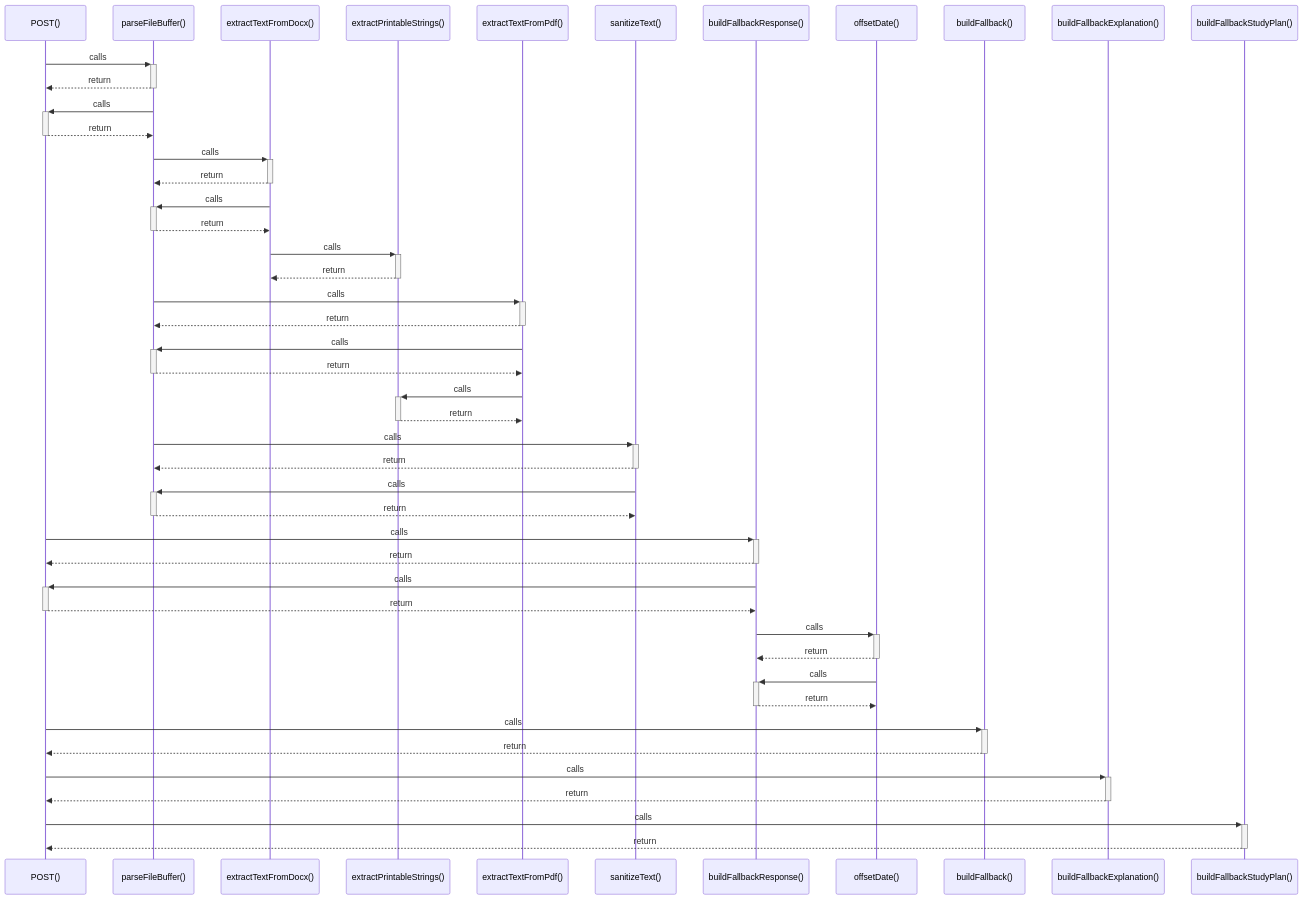
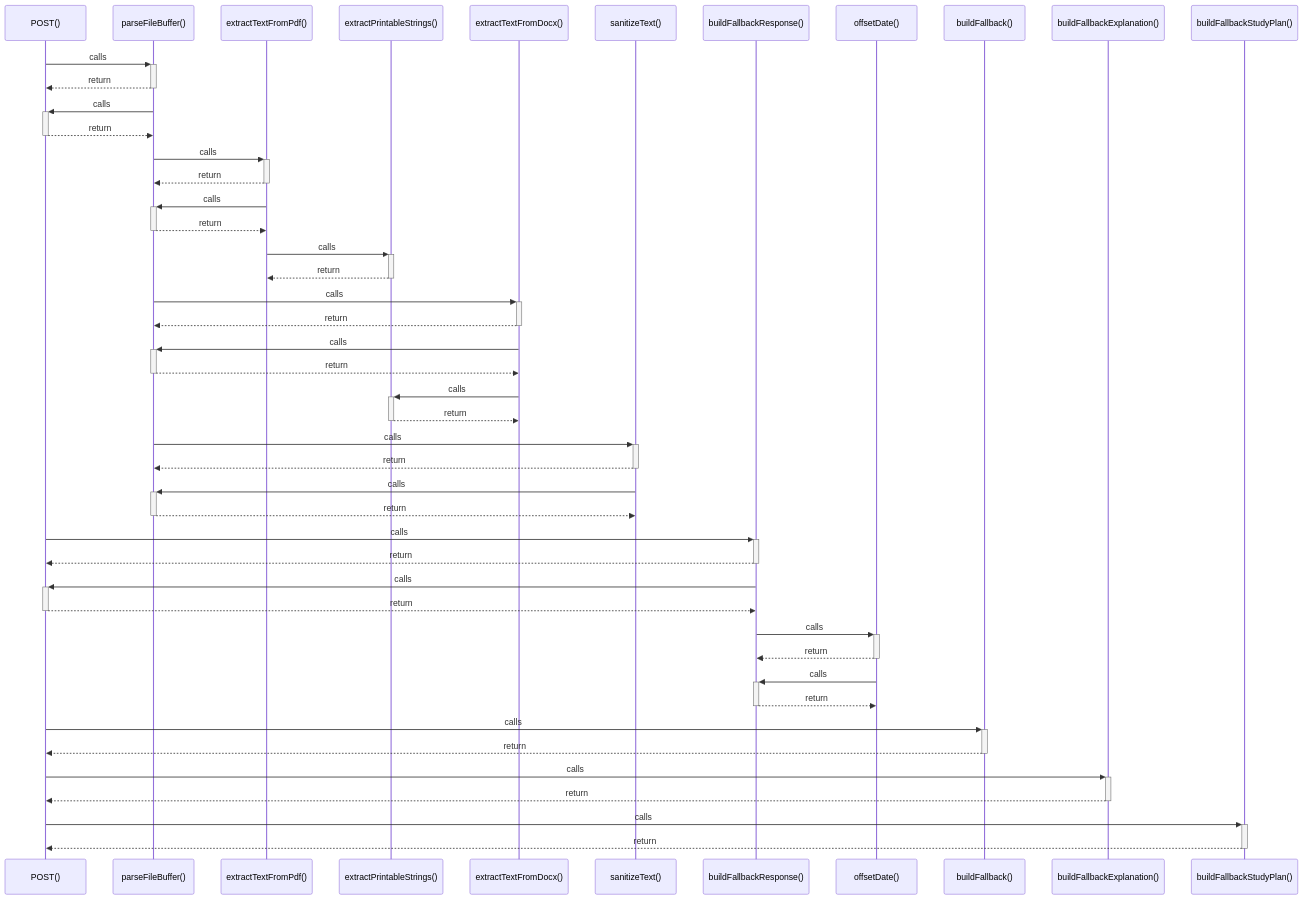
The diagram in src/graphify-out/wiki/POST().md (Exselsa/studysync-ai), drawn with Mermaid before and after one commit. The commit also changed 34 other files, not shown here.

````diff
--- a/src/graphify-out/wiki/POST().md
+++ b/src/graphify-out/wiki/POST().md
@@ -7,48 +7,48 @@
 ```mermaid
 sequenceDiagram
     participant P0 as POST()
     participant P1 as parseFileBuffer()
-    participant P2 as extractTextFromDocx()
+    participant P2 as extractTextFromPdf()
     participant P3 as extractPrintableStrings()
-    participant P4 as extractTextFromPdf()
+    participant P4 as extractTextFromDocx()
     participant P5 as sanitizeText()
     participant P6 as buildFallbackResponse()
     participant P7 as offsetDate()
     participant P8 as buildFallback()
     participant P9 as buildFallbackExplanation()
     participant P10 as buildFallbackStudyPlan()
     P0->>+ P1: calls
     P1-->>- P0: return
     P1->>+ P0: calls
     P0-->>- P1: return
     P1->>+ P2: calls
     P2-->>- P1: return
     P2->>+ P1: calls
     P1-->>- P2: return
     P2->>+ P3: calls
     P3-->>- P2: return
     P1->>+ P4: calls
     P4-->>- P1: return
     P4->>+ P1: calls
     P1-->>- P4: return
     P4->>+ P3: calls
     P3-->>- P4: return
     P1->>+ P5: calls
     P5-->>- P1: return
     P5->>+ P1: calls
     P1-->>- P5: return
     P0->>+ P6: calls
     P6-->>- P0: return
     P6->>+ P0: calls
     P0-->>- P6: return
     P6->>+ P7: calls
     P7-->>- P6: return
     P7->>+ P6: calls
     P6-->>- P7: return
     P0->>+ P8: calls
     P8-->>- P0: return
     P0->>+ P9: calls
     P9-->>- P0: return
     P0->>+ P10: calls
     P10-->>- P0: return
 ```
````
